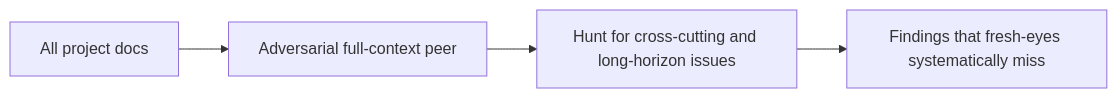
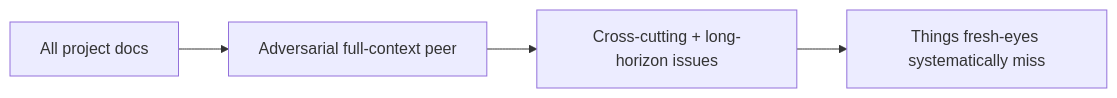
The diagram in procedure/adversarial-full-context-peer.md (1qh/lens), drawn with Mermaid before and after one commit. The commit also changed other lines of this file and 14 other files, not shown here.

````diff
--- a/procedure/adversarial-full-context-peer.md
+++ b/procedure/adversarial-full-context-peer.md
@@ -17,6 +5,6 @@
 ```mermaid
 flowchart LR
     AllDocs[All project docs] --> Peer[Adversarial full-context peer]
-    Peer --> Hunt[Hunt for cross-cutting and long-horizon issues]
-    Hunt --> Findings[Findings that fresh-eyes systematically miss]
+    Peer --> Hunt[Cross-cutting + long-horizon issues]
+    Hunt --> Findings[Things fresh-eyes systematically miss]
 ```
````
